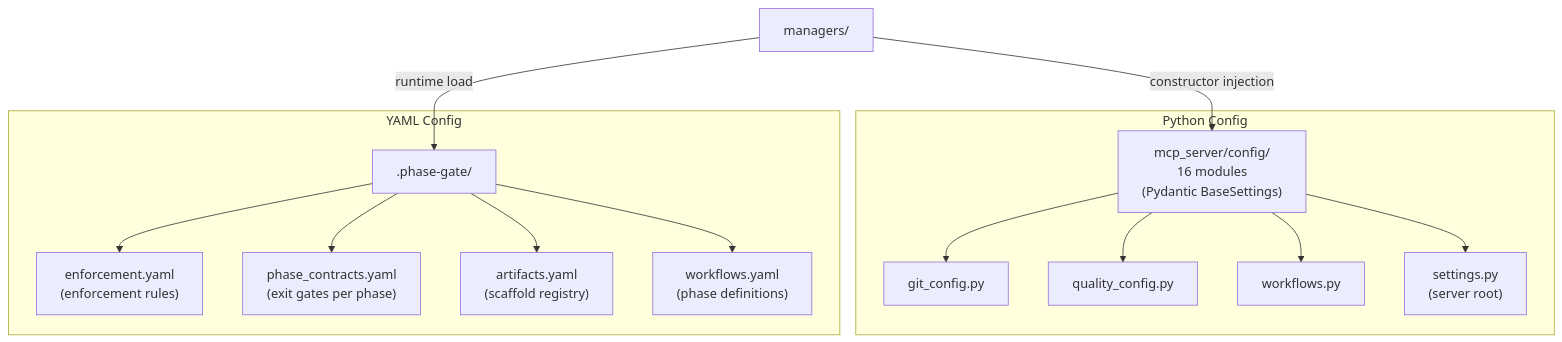
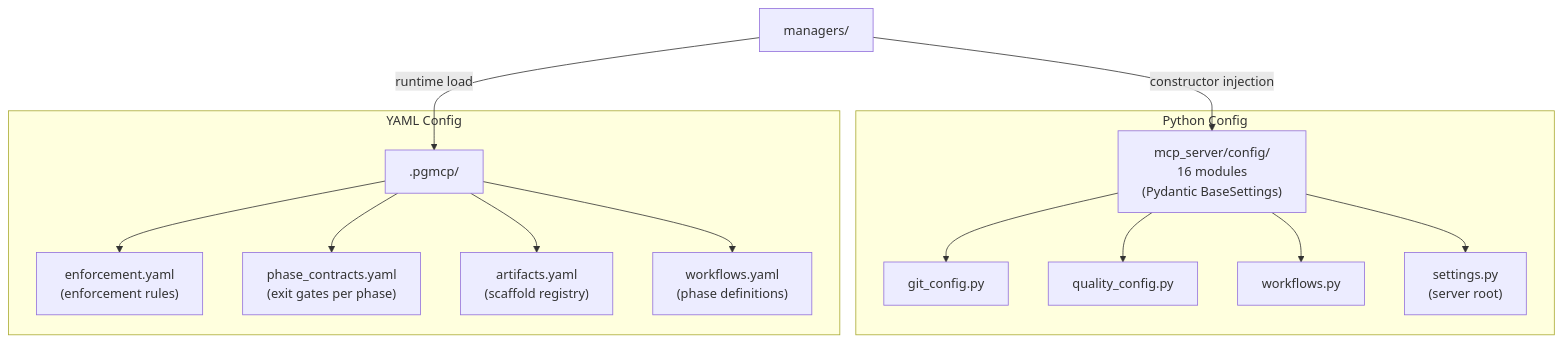
Before and after one commit to MikeyVK/phase-gate-mcp: the diagram in docs/manuals/architectural_diagrams/05_config_layer.md, drawn with Mermaid. The commit also changed other lines of this file and 15 other files, not shown here.

````diff
--- a/docs/manuals/architectural_diagrams/05_config_layer.md
+++ b/docs/manuals/architectural_diagrams/05_config_layer.md
@@ -30,20 +30,20 @@
 ```mermaid
 graph TD
     subgraph Python Config
         SC["mcp_server/config/<br/>16 modules<br/>(Pydantic BaseSettings)"]
         SC --> GC["git_config.py"]
         SC --> QC["quality_config.py"]
         SC --> WF["workflows.py"]
         SC --> SET["settings.py<br/>(server root)"]
     end
     subgraph YAML Config
-        PG[".phase-gate/"]
+        PG[".pgmcp/"]
         PG --> ENF["enforcement.yaml<br/>(enforcement rules)"]
         PG --> PC["phase_contracts.yaml<br/>(exit gates per phase)"]
         PG --> ART["artifacts.yaml<br/>(scaffold registry)"]
         PG --> WFY["workflows.yaml<br/>(phase definitions)"]
     end
 
     Managers["managers/"] -->|"constructor injection"| SC
     Managers -->|"runtime load"| PG
 ```
````
